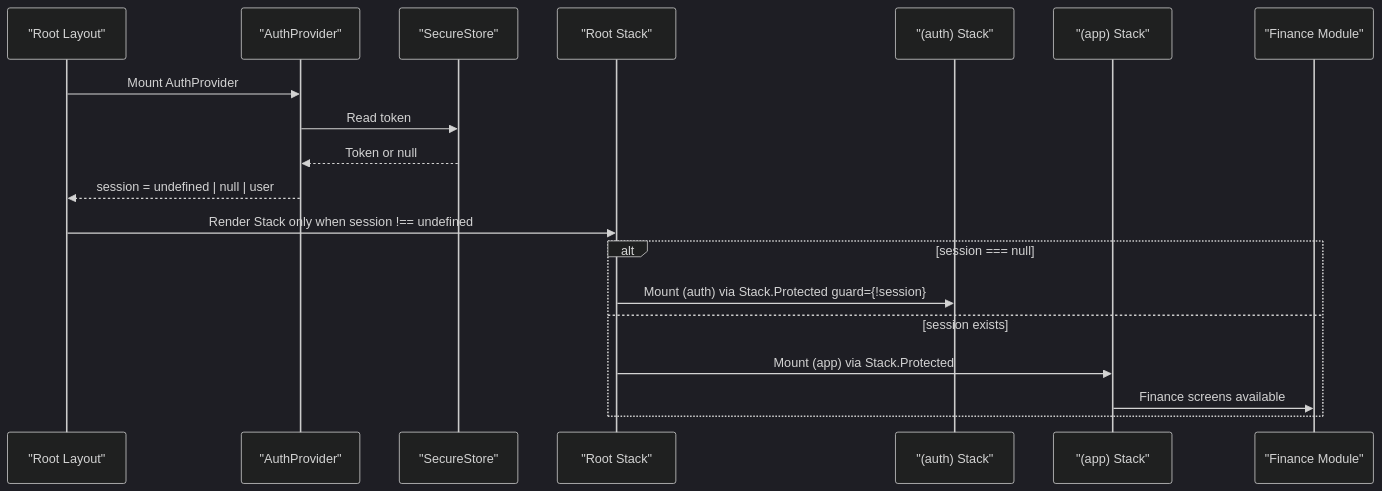
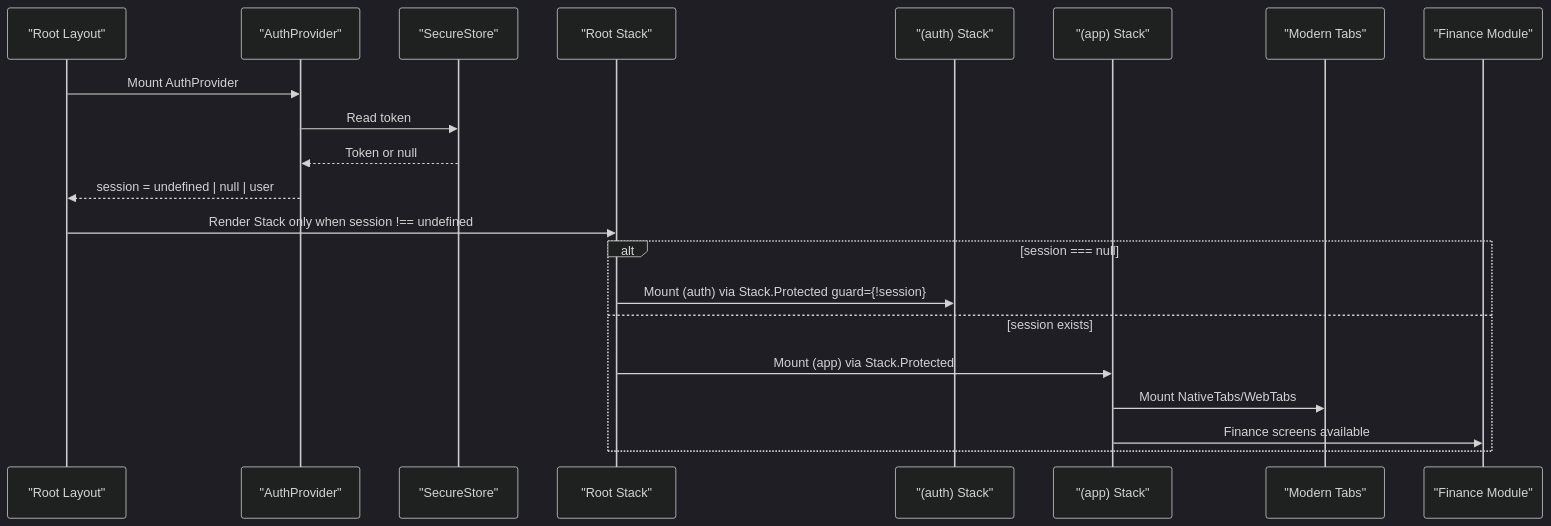
One commit to Muhammad-Masood/tijarah-ai-app changed the second of 9 diagrams in .qoder/repowiki/en/content/Architecture Overview/Navigation Architecture.md. Above: the diagram before and after it, drawn with Mermaid (dark theme). The commit also changed other lines of this file and 18 other files, not shown here.

````diff
--- a/.qoder/repowiki/en/content/Architecture Overview/Navigation Architecture.md
+++ b/.qoder/repowiki/en/content/Architecture Overview/Navigation Architecture.md
@@ -123,21 +131,23 @@
 ```mermaid
 sequenceDiagram
 participant Boot as "Root Layout"
 participant Auth as "AuthProvider"
 participant Store as "SecureStore"
 participant Nav as "Root Stack"
 participant AuthGroup as "(auth) Stack"
 participant AppGroup as "(app) Stack"
+participant Tabs as "Modern Tabs"
 participant FinanceModule as "Finance Module"
 Boot->>Auth : Mount AuthProvider
 Auth->>Store : Read token
 Store-->>Auth : Token or null
 Auth-->>Boot : session = undefined | null | user
 Boot->>Nav : Render Stack only when session !== undefined
 alt session === null
 Nav->>AuthGroup : Mount (auth) via Stack.Protected guard={!session}
 else session exists
 Nav->>AppGroup : Mount (app) via Stack.Protected
+AppGroup->>Tabs : Mount NativeTabs/WebTabs
 AppGroup->>FinanceModule : Finance screens available
 end
 ```
````
